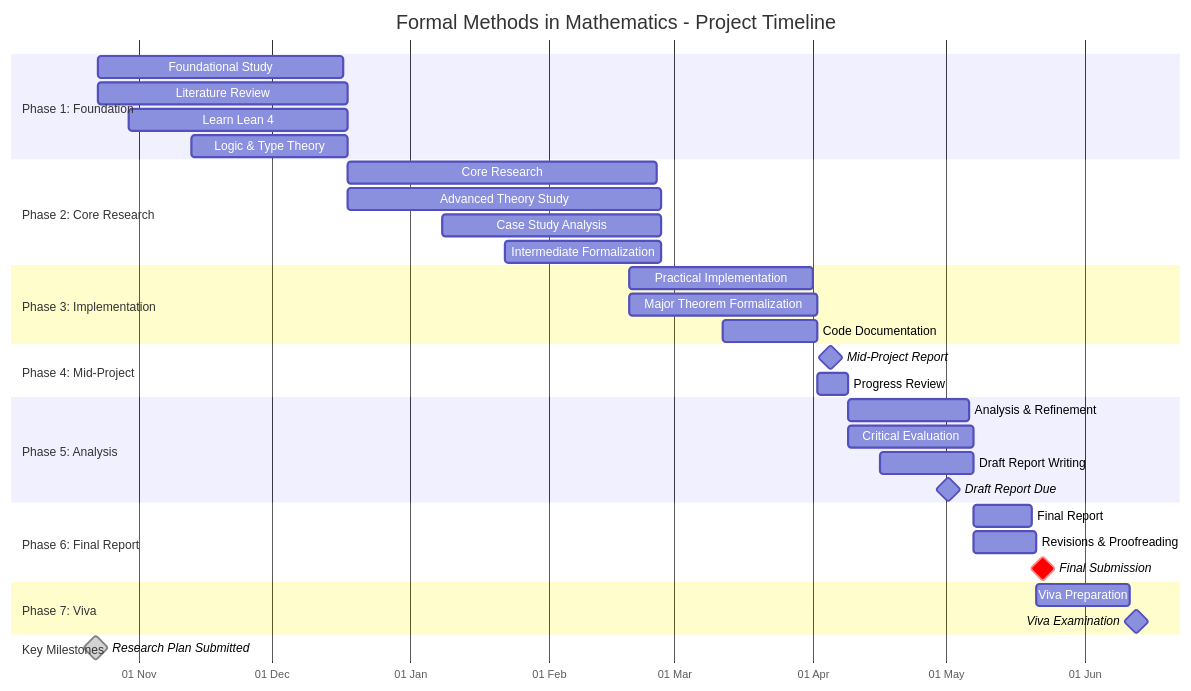
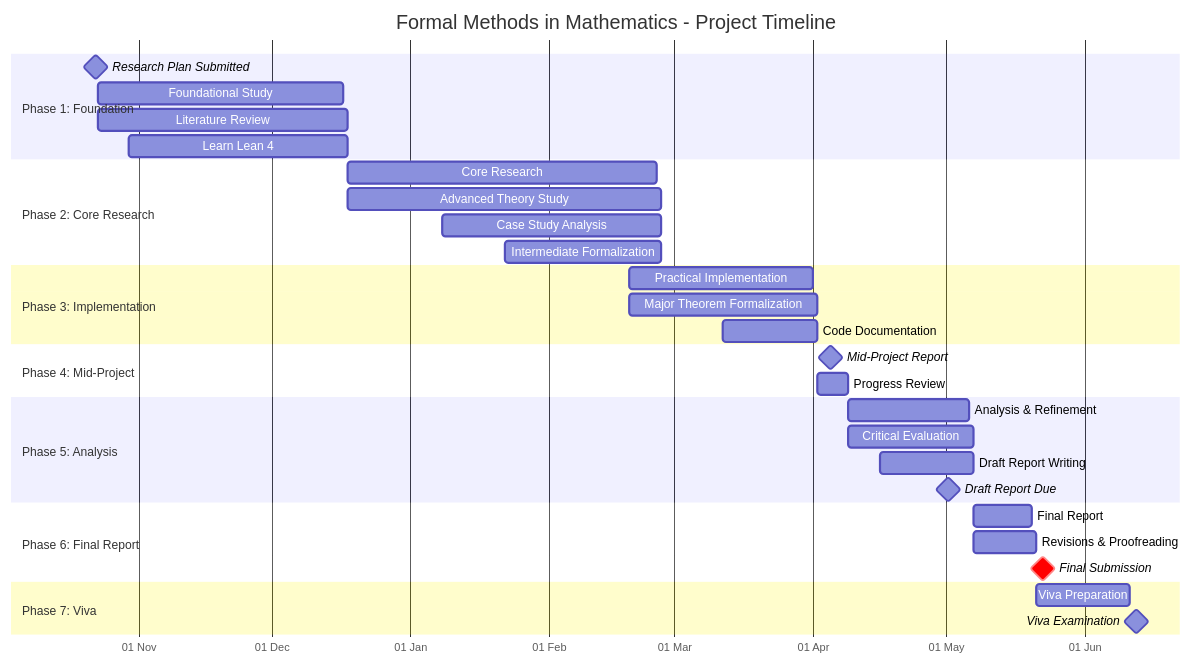
One commit to unkokaeru/kintsugi-zuihitsu changed the diagram in clear/project/omoikane/mth3011/Research Plan.md. Above: the diagram before and after it, drawn with Mermaid. The commit also changed other lines of this file and 3 other files, not shown here.

````diff
--- a/clear/project/omoikane/mth3011/Research Plan.md
+++ b/clear/project/omoikane/mth3011/Research Plan.md
@@ -103,45 +103,42 @@
 ```mermaid
 gantt
     title Formal Methods in Mathematics - Project Timeline
     dateFormat YYYY-MM-DD
     axisFormat %d %b
     
     section Phase 1: Foundation
+    Research Plan Submitted      :milestone, plan, 2025-10-22, 1d
     Foundational Study           :foundation, 2025-10-23, 2025-12-17
     Literature Review            :lit1, 2025-10-23, 56d
     Learn Lean 4                 :lean1, 2025-10-30, 49d
-    Logic & Type Theory          :logic1, 2025-11-13, 35d
     
     section Phase 2: Core Research
     Core Research                :core, 2025-12-18, 2026-02-25
     Advanced Theory Study        :theory, 2025-12-18, 70d
     Case Study Analysis          :cases, 2026-01-08, 49d
     Intermediate Formalization   :form1, 2026-01-22, 35d
     
     section Phase 3: Implementation
     Practical Implementation     :impl, 2026-02-19, 2026-04-01
     Major Theorem Formalization  :theorem, 2026-02-19, 42d
     Code Documentation           :doc1, 2026-03-12, 21d
     
     section Phase 4: Mid-Project
     Mid-Project Report           :milestone, mid, 2026-04-02, 2026-04-08
     Progress Review              :review, 2026-04-02, 7d
     
     section Phase 5: Analysis
     Analysis & Refinement        :analysis, 2026-04-09, 2026-05-06
     Critical Evaluation          :eval, 2026-04-09, 28d
     Draft Report Writing         :draft, 2026-04-16, 21d
     Draft Report Due             :milestone, draft_due, 2026-05-01, 1d
     
     section Phase 6: Final Report
     Final Report                 :final, 2026-05-07, 2026-05-20
     Revisions & Proofreading     :revise, 2026-05-07, 14d
     Final Submission             :crit, milestone, submit, 2026-05-22, 1d
     
     section Phase 7: Viva
     Viva Preparation             :viva_prep, 2026-05-21, 2026-06-11
     Viva Examination             :milestone, viva, 2026-06-12, 1d
-    
-    section Key Milestones
-    Research Plan Submitted      :done, milestone, plan, 2025-10-22, 1d
 ```
````
